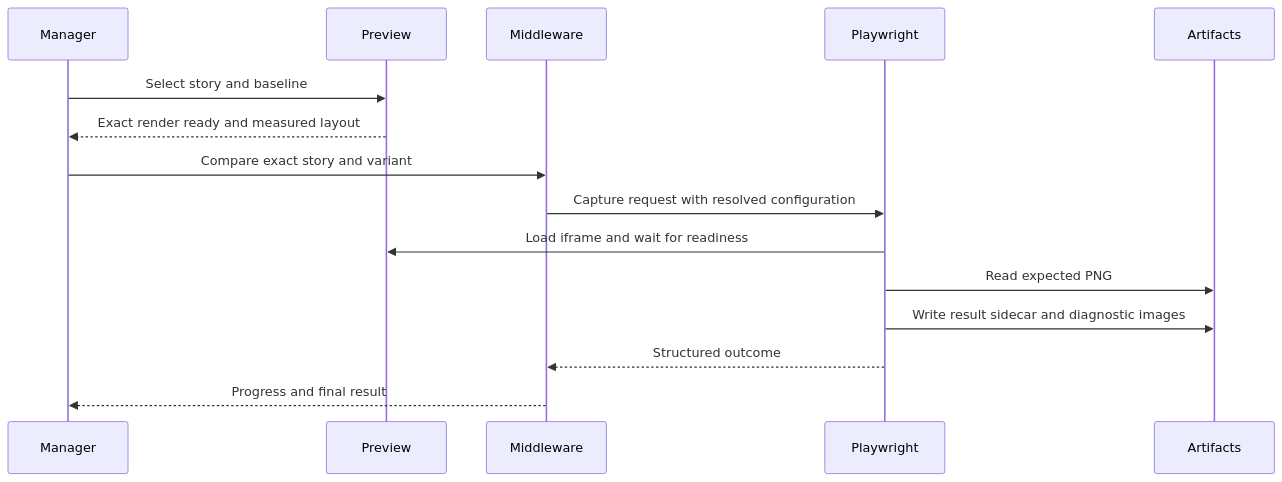
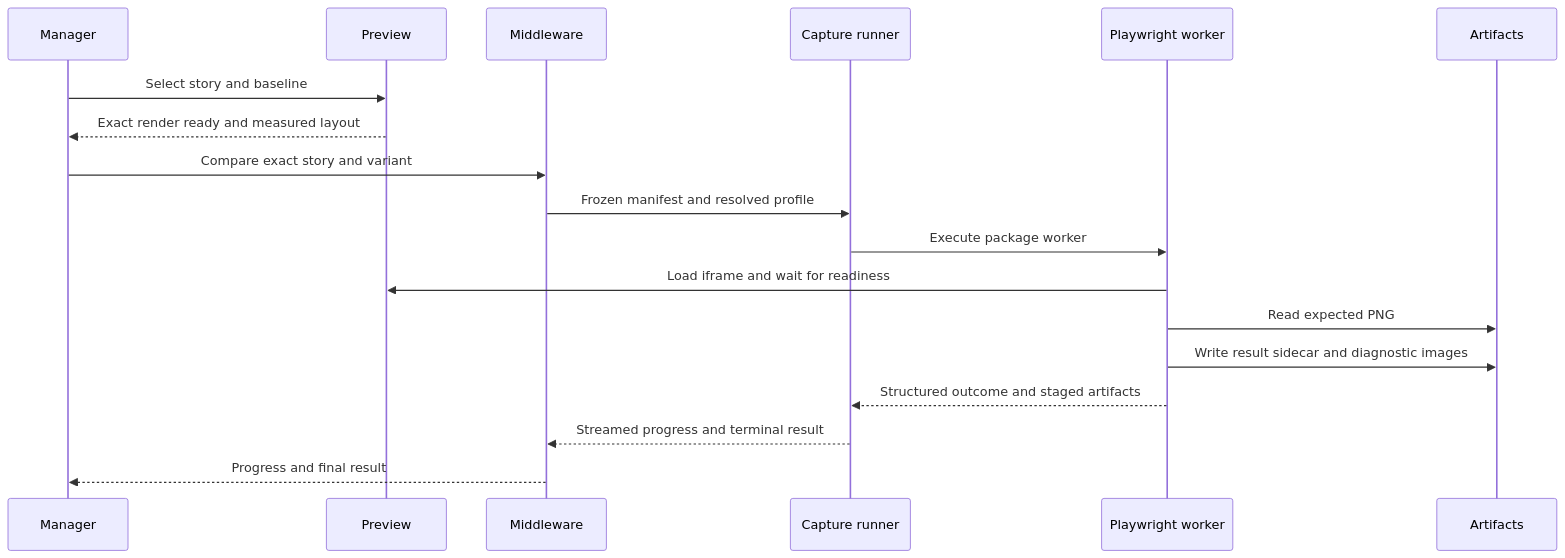
Before and after one commit to lapismd/storybook-addon-visual-delta: the diagram in spec/src/architecture.md, drawn with Mermaid. The commit also changed other lines of this file and 101 other files, not shown here.

Commit message:
Add canonical ARM64 visual capture profile

````diff
--- a/spec/src/architecture.md
+++ b/spec/src/architecture.md
@@ -36,17 +37,20 @@
 ```mermaid
 sequenceDiagram
   participant M as Manager
   participant P as Preview
   participant N as Middleware
-  participant B as Playwright
+  participant R as Capture runner
+  participant B as Playwright worker
   participant A as Artifacts
   M->>P: Select story and baseline
   P-->>M: Exact render ready and measured layout
   M->>N: Compare exact story and variant
-  N->>B: Capture request with resolved configuration
+  N->>R: Frozen manifest and resolved profile
+  R->>B: Execute package worker
   B->>P: Load iframe and wait for readiness
   B->>A: Read expected PNG
   B->>A: Write result sidecar and diagnostic images
-  B-->>N: Structured outcome
+  B-->>R: Structured outcome and staged artifacts
+  R-->>N: Streamed progress and terminal result
   N-->>M: Progress and final result
 ```
````
